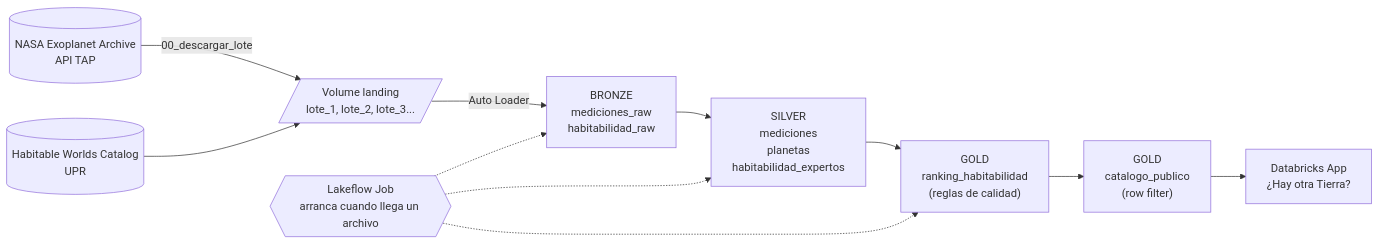
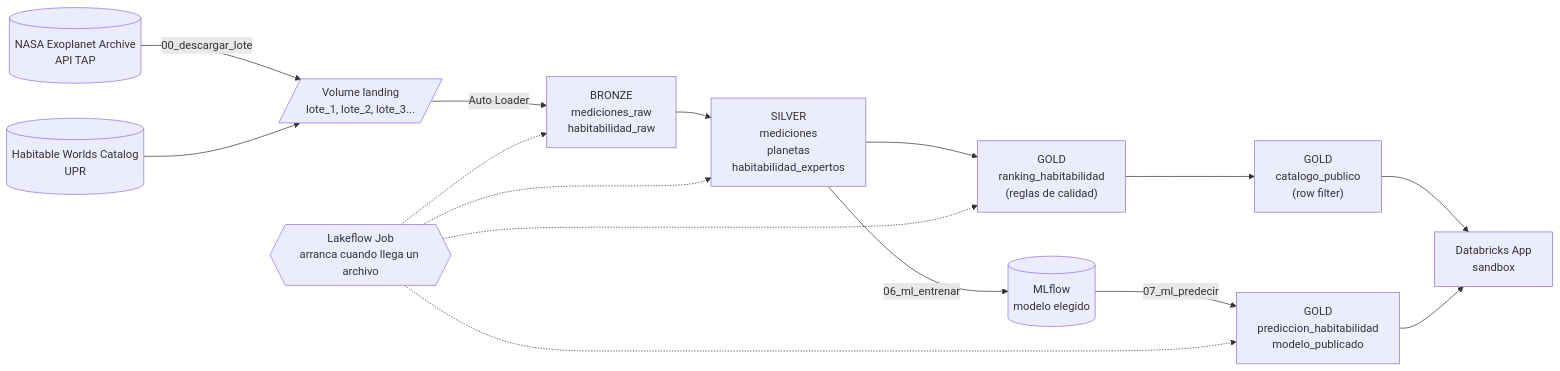
One commit to Mauledji/planetas-habitables changed the diagram in README.md. Above: the diagram before and after it, drawn with Mermaid. The commit also changed other lines of this file, not shown here.

Commit message:
docs: README con el modelo de ML, la app sandbox y lo aprendido en Free Edition

````diff
--- a/README.md
+++ b/README.md
@@ -28,13 +28,17 @@
 ```mermaid
 flowchart LR
     NASA[("NASA Exoplanet Archive<br/>API TAP")] -->|"00_descargar_lote"| LAND[/"Volume landing<br/>lote_1, lote_2, lote_3..."/]
     UPR[("Habitable Worlds Catalog<br/>UPR")] --> LAND
     LAND -->|"Auto Loader"| BRONZE["BRONZE<br/>mediciones_raw<br/>habitabilidad_raw"]
     BRONZE --> SILVER["SILVER<br/>mediciones<br/>planetas<br/>habitabilidad_expertos"]
     SILVER --> RANK["GOLD<br/>ranking_habitabilidad<br/>(reglas de calidad)"]
     RANK --> PUB["GOLD<br/>catalogo_publico<br/>(row filter)"]
-    PUB --> APP["Databricks App<br/>¿Hay otra Tierra?"]
+    SILVER -->|"06_ml_entrenar"| MLF[("MLflow<br/>modelo elegido")]
+    MLF -->|"07_ml_predecir"| PRED["GOLD<br/>prediccion_habitabilidad<br/>modelo_publicado"]
+    PUB --> APP["Databricks App<br/>sandbox"]
+    PRED --> APP
     JOB{{"Lakeflow Job<br/>arranca cuando llega un archivo"}} -.-> BRONZE
     JOB -.-> SILVER
     JOB -.-> RANK
+    JOB -.-> PRED
 ```
````
